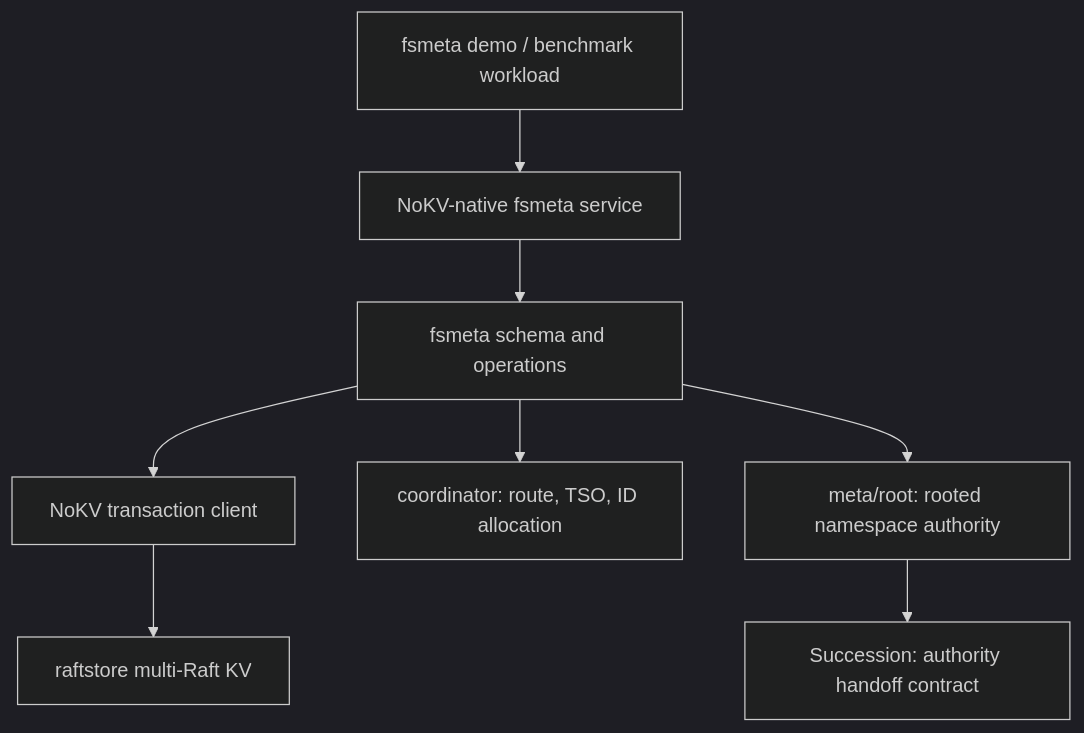
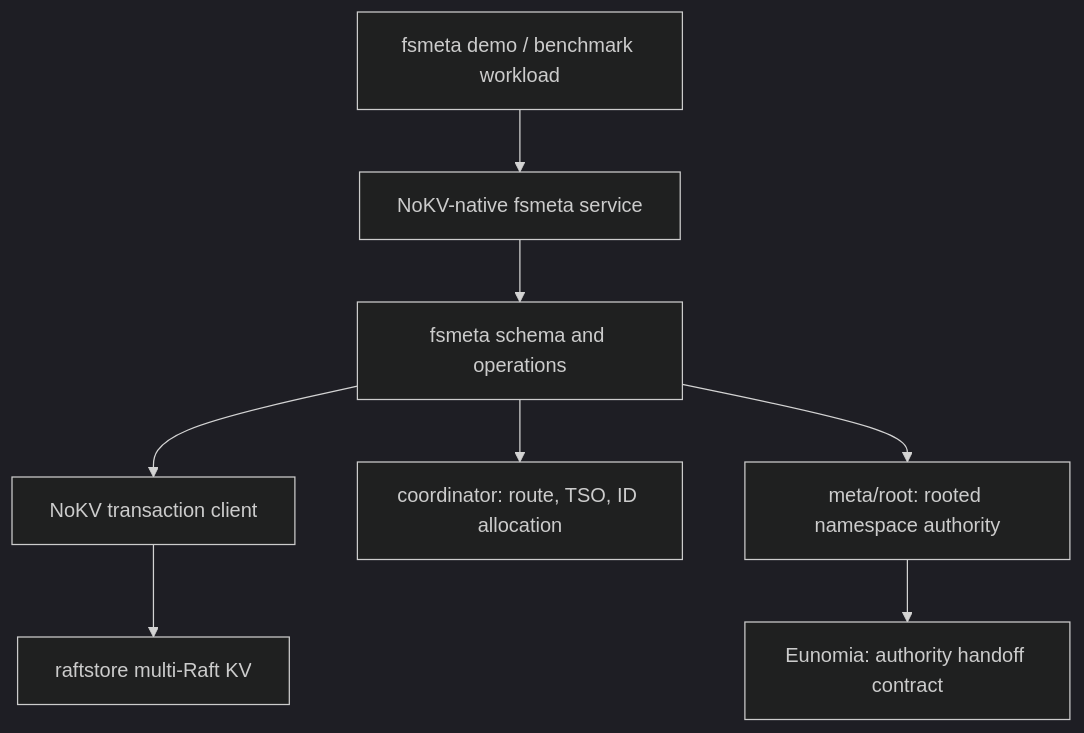
The diagram in docs/notes/2026-04-24-fsmeta-positioning.md (feichai0017/NoKV), drawn with Mermaid (dark theme) before and after one commit. The commit also changed other lines of this file and 81 other files, not shown here.

Commit message:
refactor(control-plane): rename succession protocol to eunomia

````diff
--- a/docs/notes/2026-04-24-fsmeta-positioning.md
+++ b/docs/notes/2026-04-24-fsmeta-positioning.md
@@ -115,11 +115,11 @@
 ```mermaid
 flowchart TD
     F["NoKV-native fsmeta service"] --> S["fsmeta schema and operations"]
     D["fsmeta demo / benchmark workload"] --> F
     S --> T["NoKV transaction client"]
     T --> R["raftstore multi-Raft KV"]
 
     S --> C["coordinator: route, TSO, ID allocation"]
     S --> M["meta/root: rooted namespace authority"]
-    M --> SU["Succession: authority handoff contract"]
+    M --> SU["Eunomia: authority handoff contract"]
 ```
````
